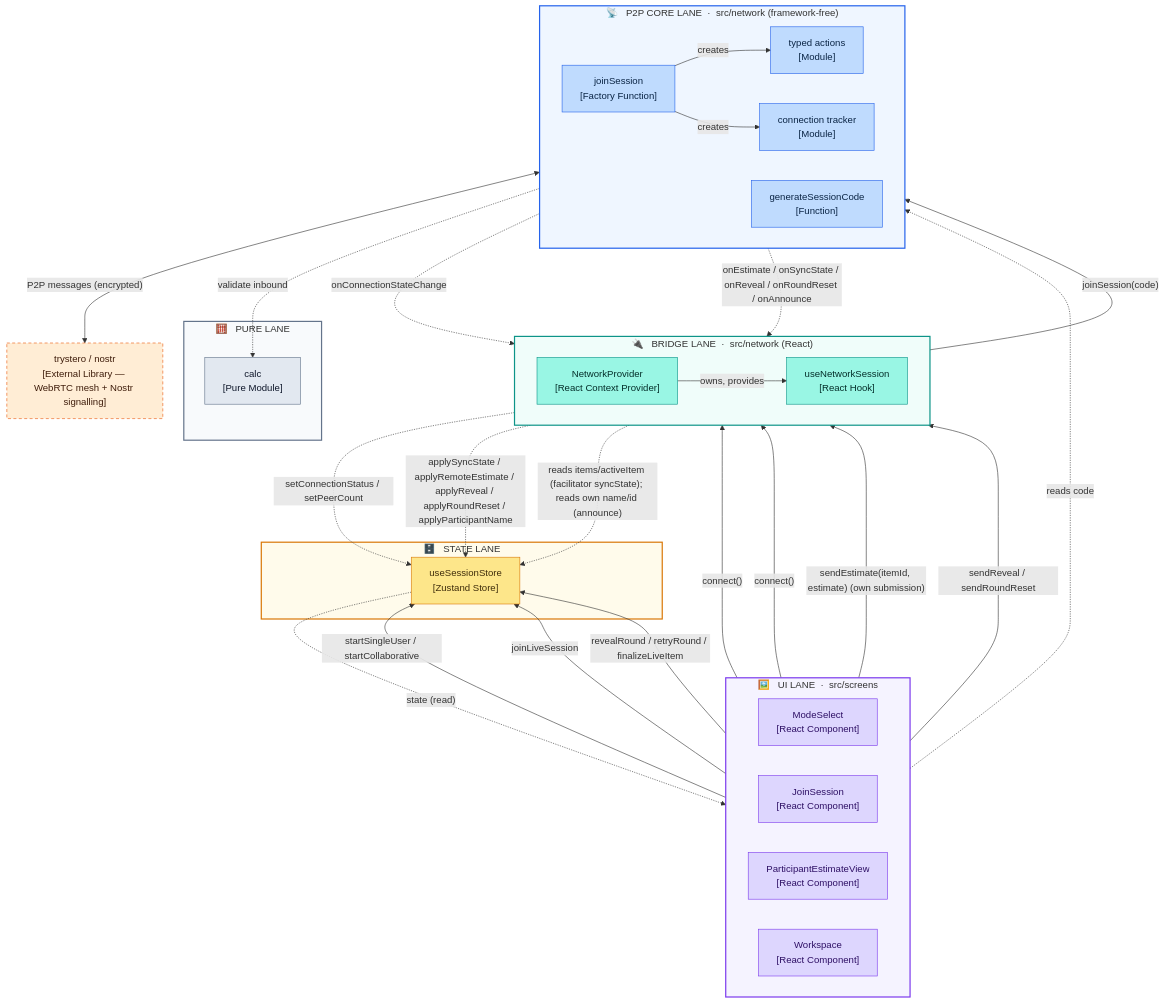
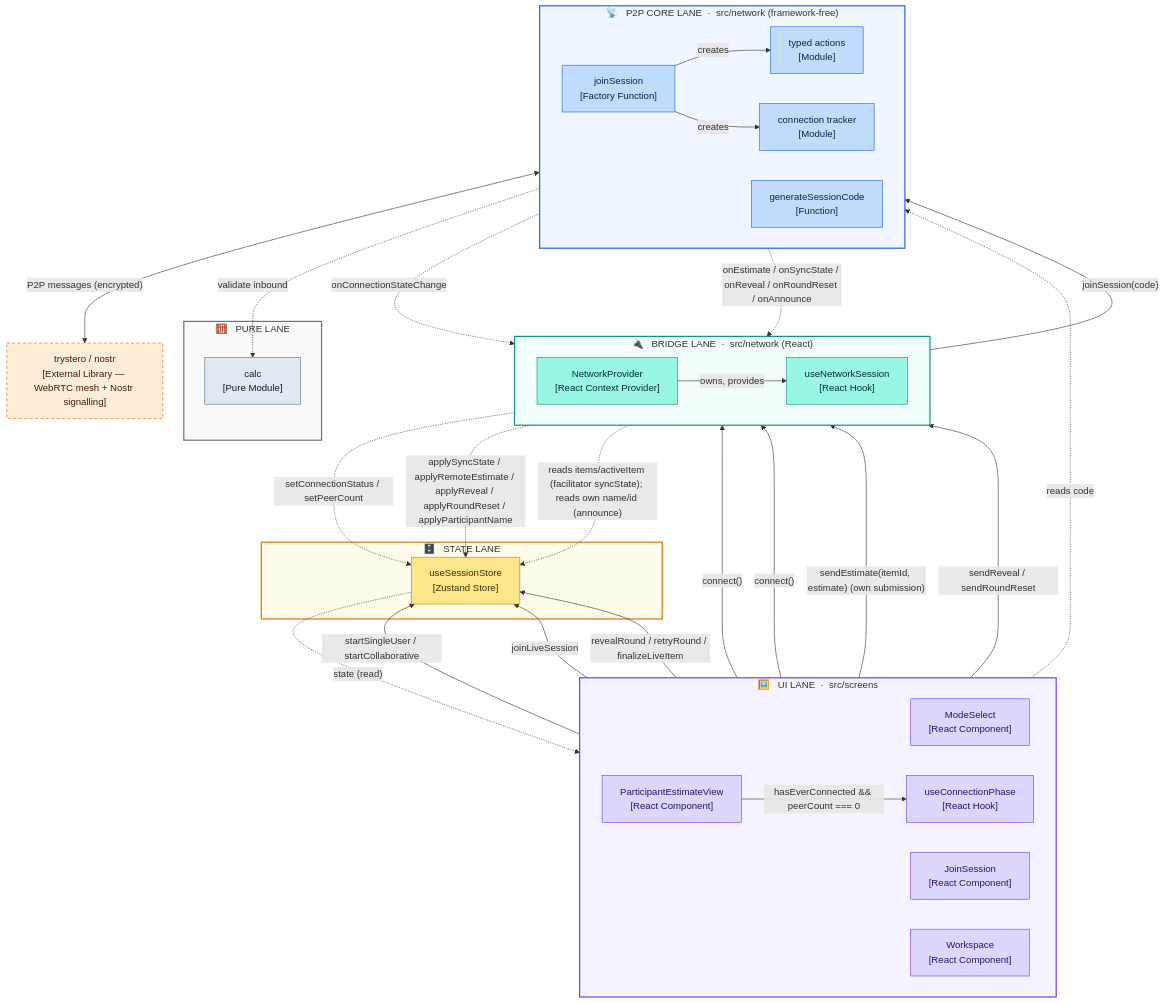
The first of 7 diagrams in docs/concepts/collaboration-mode.md (cfisch3r/estimate), drawn with Mermaid before and after one commit. The commit also changed other lines of this file and 13 other files, not shown here.

````diff
--- a/docs/concepts/collaboration-mode.md
+++ b/docs/concepts/collaboration-mode.md
@@ -23,79 +23,81 @@
 ```mermaid
 flowchart TD
   subgraph screens["🖼️ &nbsp; UI LANE &nbsp;·&nbsp; src/screens"]
     direction LR
     MS["ModeSelect<br/>[React Component]"]
     JS["JoinSession<br/>[React Component]"]
     PEV["ParticipantEstimateView<br/>[React Component]"]
     WS["Workspace<br/>[React Component]"]
+    UCP["useConnectionPhase<br/>[React Hook]"]
   end
 
   subgraph statelane["🗄️ &nbsp; STATE LANE"]
     Store["useSessionStore<br/>[Zustand Store]"]
   end
 
   subgraph bridge["🔌 &nbsp; BRIDGE LANE &nbsp;·&nbsp; src/network (React)"]
     direction LR
     NP["NetworkProvider<br/>[React Context Provider]"]
     Hook["useNetworkSession<br/>[React Hook]"]
   end
 
   subgraph core["📡 &nbsp; P2P CORE LANE &nbsp;·&nbsp; src/network (framework-free)"]
     direction LR
     JSN["joinSession<br/>[Factory Function]"]
     Act["typed actions<br/>[Module]"]
     Conn["connection tracker<br/>[Module]"]
     Code["generateSessionCode<br/>[Function]"]
   end
 
   subgraph purelane["🧮 &nbsp; PURE LANE"]
     Calc["calc<br/>[Pure Module]"]
   end
 
   Trystero["trystero / nostr<br/>[External Library — WebRTC mesh + Nostr signalling]"]
 
   %% --- synchronous calls (solid) ---
   MS -->|"startSingleUser / startCollaborative"| Store
   JS -->|"joinLiveSession"| Store
   MS -->|"connect()"| Hook
   JS -->|"connect()"| Hook
   MS -.->|"reads code"| Code
   NP -->|"owns, provides"| Hook
   Hook -->|"joinSession(code)"| JSN
   PEV -->|"sendEstimate(itemId, estimate) (own submission)"| Hook
   WS -->|"revealRound / retryRound / finalizeLiveItem"| Store
   WS -->|"sendReveal / sendRoundReset"| Hook
   JSN -->|"creates"| Act
   JSN -->|"creates"| Conn
   Act <-->|"P2P messages (encrypted)"| Trystero
   Act -.->|"validate inbound"| Calc
 
   %% --- asynchronous events / reads (dotted) ---
   Conn -.->|"onConnectionStateChange"| Hook
   Act -.->|"onEstimate / onSyncState / onReveal / onRoundReset / onAnnounce"| NP
   Hook -.->|"setConnectionStatus / setPeerCount"| Store
   NP -.->|"applySyncState / applyRemoteEstimate / applyReveal / applyRoundReset / applyParticipantName"| Store
   NP -.->|"reads items/activeItem (facilitator syncState); reads own name/id (announce)"| Store
   Store -.->|"state (read)"| screens
+  PEV -->|"hasEverConnected && peerCount === 0"| UCP
 
   %% --- lane + node colours ---
   classDef ui     fill:#DDD6FE,stroke:#7C3AED,color:#2E1065
   classDef state  fill:#FDE68A,stroke:#D97706,color:#3F2D0B
   classDef br     fill:#99F6E4,stroke:#0D9488,color:#042F2A
   classDef pcore  fill:#BFDBFE,stroke:#2563EB,color:#0B2545
   classDef pure   fill:#E2E8F0,stroke:#64748B,color:#0F172A
   classDef ext    fill:#FFEDD5,stroke:#EA580C,color:#3F1D0B,stroke-dasharray:5 4
 
-  class MS,JS,PEV,WS ui
+  class MS,JS,PEV,WS,UCP ui
   class Store state
   class NP,Hook br
   class JSN,Act,Conn,Code pcore
   class Calc pure
   class Trystero ext
 
   style screens   fill:#F5F3FF,stroke:#7C3AED,stroke-width:2px
   style statelane fill:#FFFBEB,stroke:#D97706,stroke-width:2px
   style bridge    fill:#F0FDFA,stroke:#0D9488,stroke-width:2px
   style core      fill:#EFF6FF,stroke:#2563EB,stroke-width:2px
   style purelane  fill:#F8FAFC,stroke:#64748B,stroke-width:2px
 ```
````
